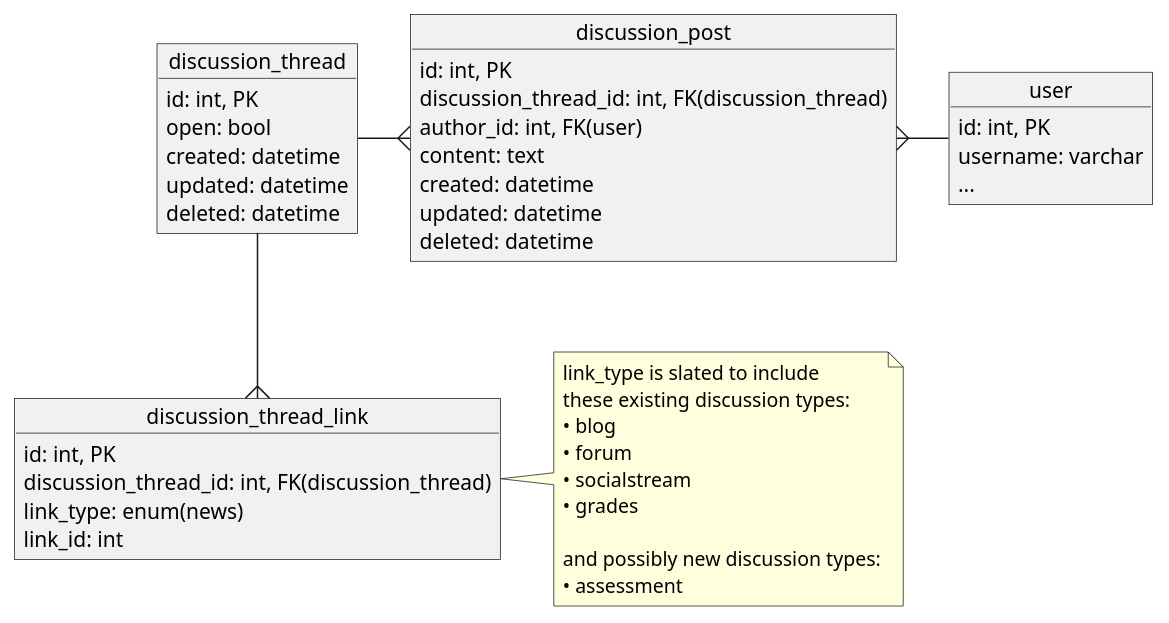
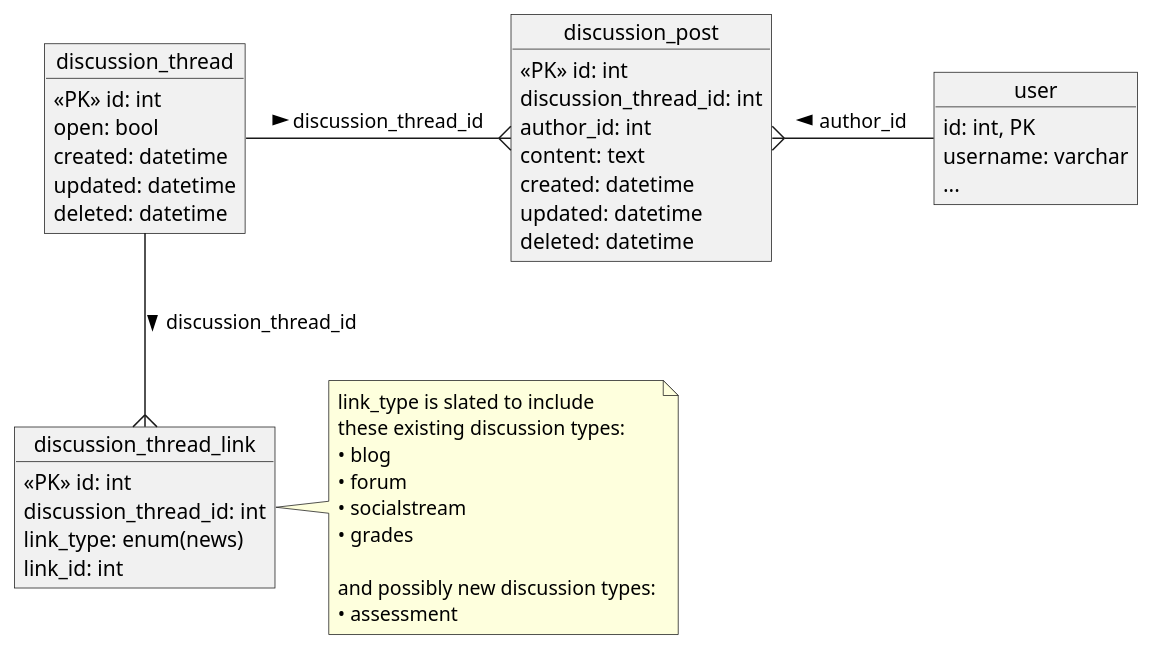
One commit to juliaattrevisan/schoolbox-api-docs changed the diagram in library/Schoolbox/Discussion/database.puml. Above: the diagram before and after it, drawn with PlantUML.

Commit message:
Made relations a little clearer? [SA-8097]

```diff
--- a/library/Schoolbox/Discussion/database.puml
+++ b/library/Schoolbox/Discussion/database.puml
@@ -1,55 +1,55 @@
 @startuml
 
 hide empty fields
 hide empty methods
 
 object discussion_thread {
-    id: int, PK
+    <<PK>> id: int
     open: bool
     created: datetime
     updated: datetime
     deleted: datetime
 }
 
 object discussion_post {
-    id: int, PK
-    discussion_thread_id: int, FK(discussion_thread)
-    author_id: int, FK(user)
+    <<PK>> id: int
+    discussion_thread_id: int
+    author_id: int
     content: text
     created: datetime
     updated: datetime
     deleted: datetime
 }
 
 object discussion_thread_link {
-    id: int, PK
-    discussion_thread_id: int, FK(discussion_thread)
+    <<PK>> id: int
+    discussion_thread_id: int
     link_type: enum(news)
     link_id: int
 }
 
 note right
 link_type is slated to include
 these existing discussion types:
 • blog
 • forum
 • socialstream
 • grades
 
 and possibly new discussion types:
 • assessment
 end note
 
 object user {
     id: int, PK
     username: varchar
     ...
 }
 
-discussion_thread -r-{ discussion_post
+discussion_thread -r-{ discussion_post : discussion_thread_id >
 
-discussion_post }-r- user
+discussion_post }-r- user : author_id <
 
-discussion_thread -d-{ discussion_thread_link
+discussion_thread -d-{ discussion_thread_link : discussion_thread_id >
 
 @enduml
```
